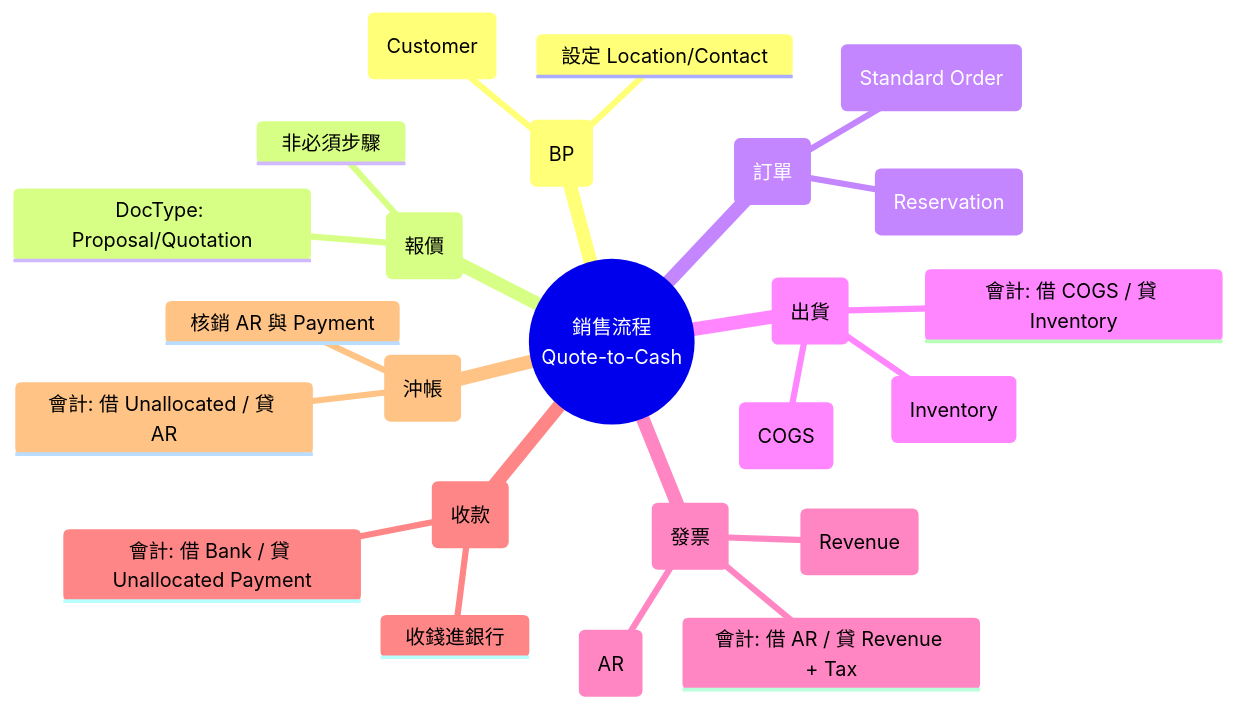
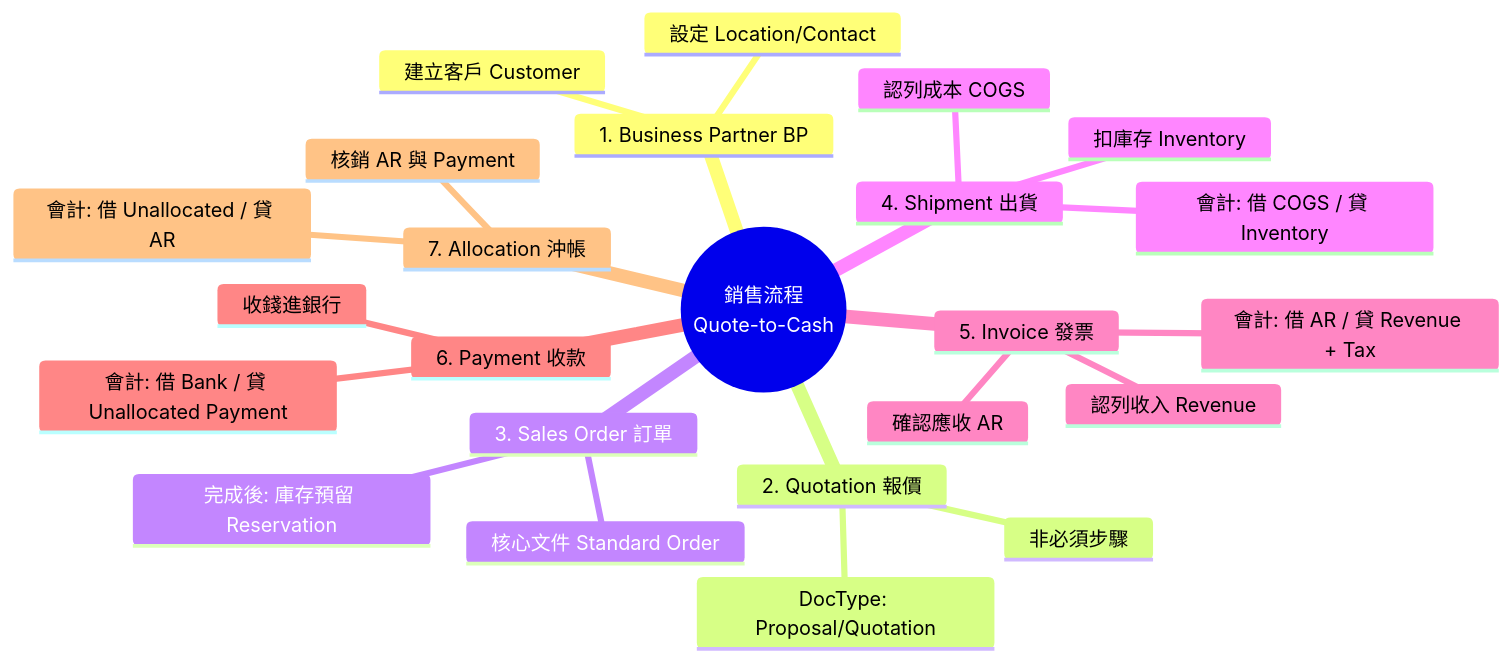
Before and after one commit to nczz/claw_notes: the sixth of 15 diagrams in iDempiere_Notes.md, drawn with Mermaid. The commit also changed other lines of this file, not shown here.

Commit message:
Fix mermaid syntax error: remove parentheses in node text

````diff
--- a/iDempiere_Notes.md
+++ b/iDempiere_Notes.md
@@ -471,27 +471,27 @@
 ```mermaid
 mindmap
   root((銷售流程<br/>Quote-to-Cash))
-    1. Business Partner (BP)
-      建立客戶 (Customer)
+    1. Business Partner BP
+      建立客戶 Customer
       設定 Location/Contact
-    2. Quotation (報價)
+    2. Quotation 報價
       DocType: Proposal/Quotation
       非必須步驟
-    3. Sales Order (訂單)
-      核心文件 (Standard Order)
-      完成後: 庫存預留 (Reservation)
-    4. Shipment (出貨)
-      扣庫存 (Inventory)
-      認列成本 (COGS)
+    3. Sales Order 訂單
+      核心文件 Standard Order
+      完成後: 庫存預留 Reservation
+    4. Shipment 出貨
+      扣庫存 Inventory
+      認列成本 COGS
       會計: 借 COGS / 貸 Inventory
-    5. Invoice (發票)
-      確認應收 (AR)
-      認列收入 (Revenue)
+    5. Invoice 發票
+      確認應收 AR
+      認列收入 Revenue
       會計: 借 AR / 貸 Revenue + Tax
-    6. Payment (收款)
+    6. Payment 收款
       收錢進銀行
       會計: 借 Bank / 貸 Unallocated Payment
-    7. Allocation (沖帳)
+    7. Allocation 沖帳
       核銷 AR 與 Payment
       會計: 借 Unallocated / 貸 AR
 ```
````
